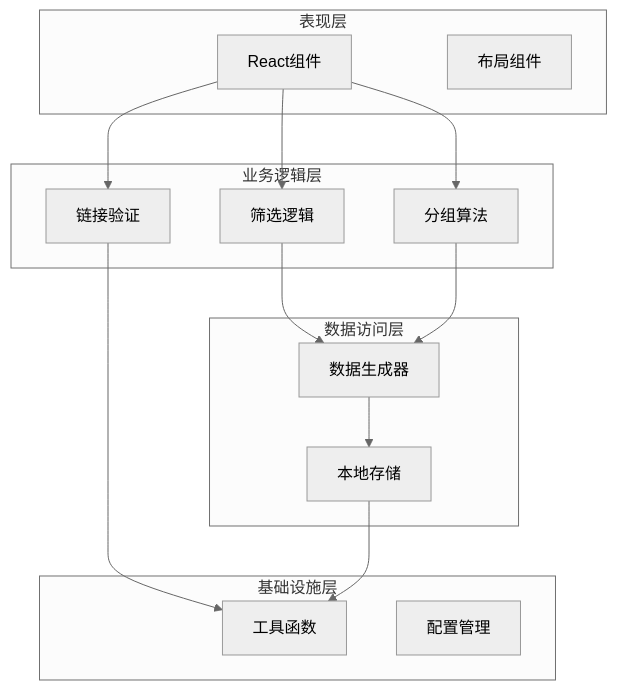
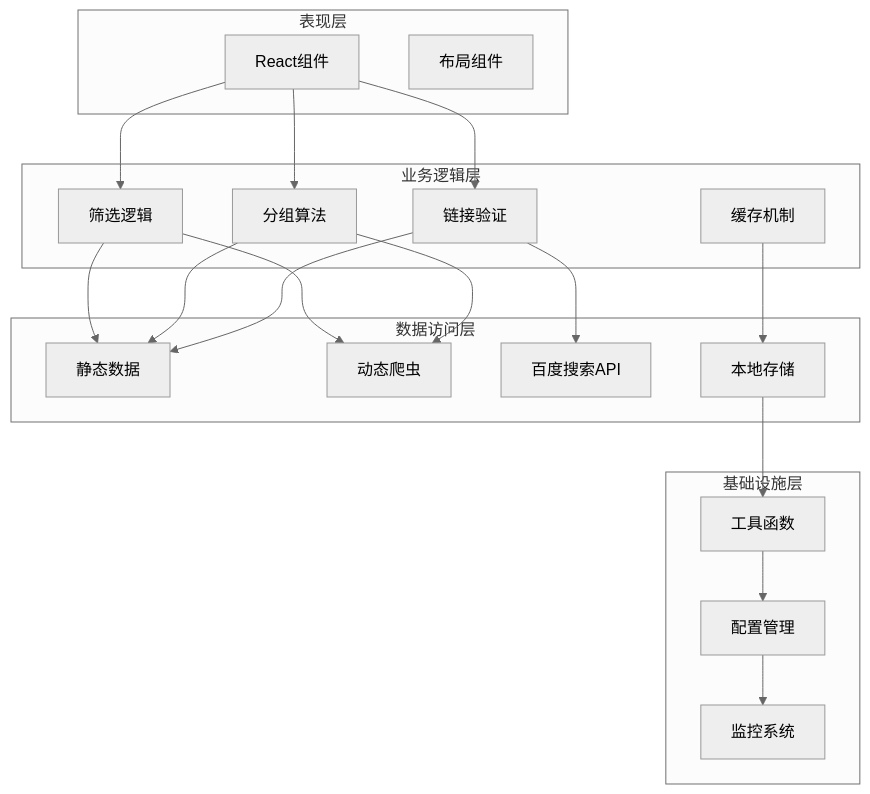
The third of 8 diagrams in .qoder/repowiki/zh/content/功能模块/新闻资讯模块.md (liangxuanliang-cmd/carbon-info-agent), drawn with Mermaid (neutral theme) before and after one commit. The commit also changed other lines of this file and 6 other files, not shown here.

````diff
--- a/.qoder/repowiki/zh/content/功能模块/新闻资讯模块.md
+++ b/.qoder/repowiki/zh/content/功能模块/新闻资讯模块.md
@@ -121,28 +151,37 @@
 ```mermaid
 graph TD
 subgraph "表现层"
 UI[React组件]
 Layout[布局组件]
 end
 subgraph "业务逻辑层"
 Filter[筛选逻辑]
 Grouping[分组算法]
 Validation[链接验证]
+Caching[缓存机制]
 end
 subgraph "数据访问层"
-Generator[数据生成器]
+StaticData[静态数据]
+DynamicCrawlers[动态爬虫]
+SearchAPI[百度搜索API]
 Storage[本地存储]
 end
 subgraph "基础设施层"
 Utils[工具函数]
 Config[配置管理]
+Monitoring[监控系统]
 end
 UI --> Filter
 UI --> Grouping
 UI --> Validation
-Filter --> Generator
-Grouping --> Generator
-Validation --> Utils
-Generator --> Storage
+Filter --> StaticData
+Filter --> DynamicCrawlers
+Grouping --> StaticData
+Grouping --> DynamicCrawlers
+Validation --> SearchAPI
+Validation --> StaticData
+Caching --> Storage
 Storage --> Utils
+Utils --> Config
+Config --> Monitoring
 ```
````
